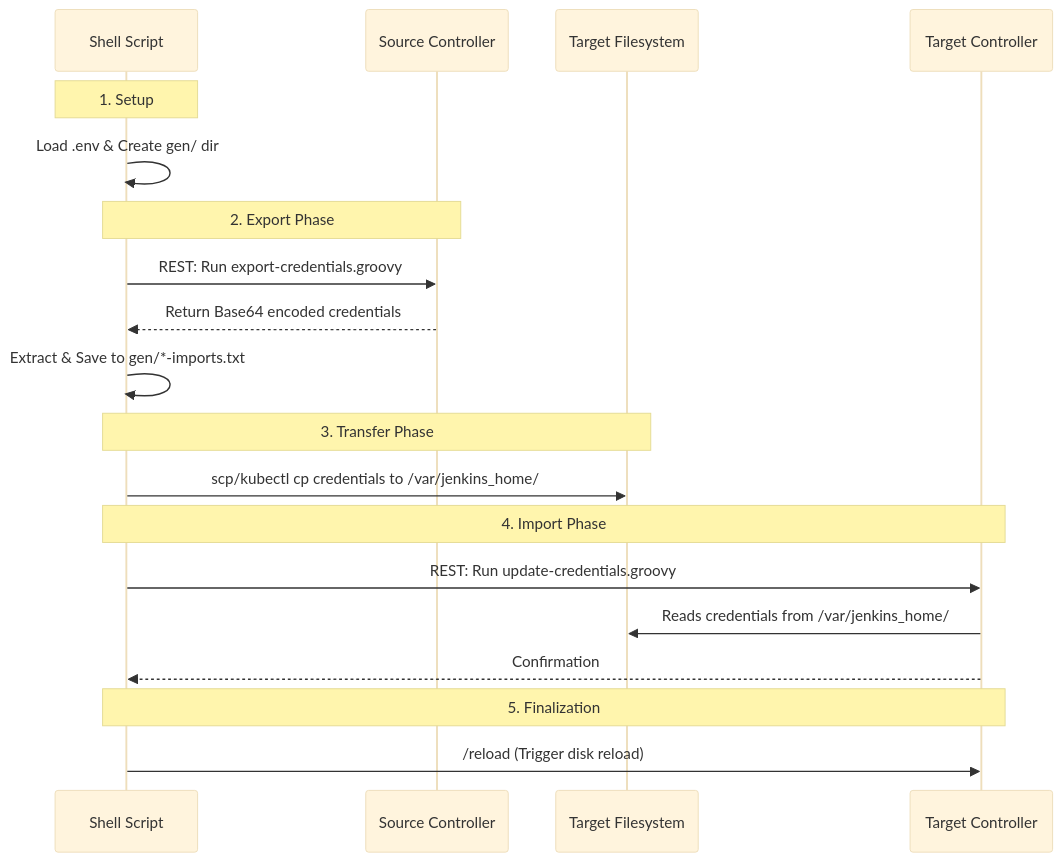
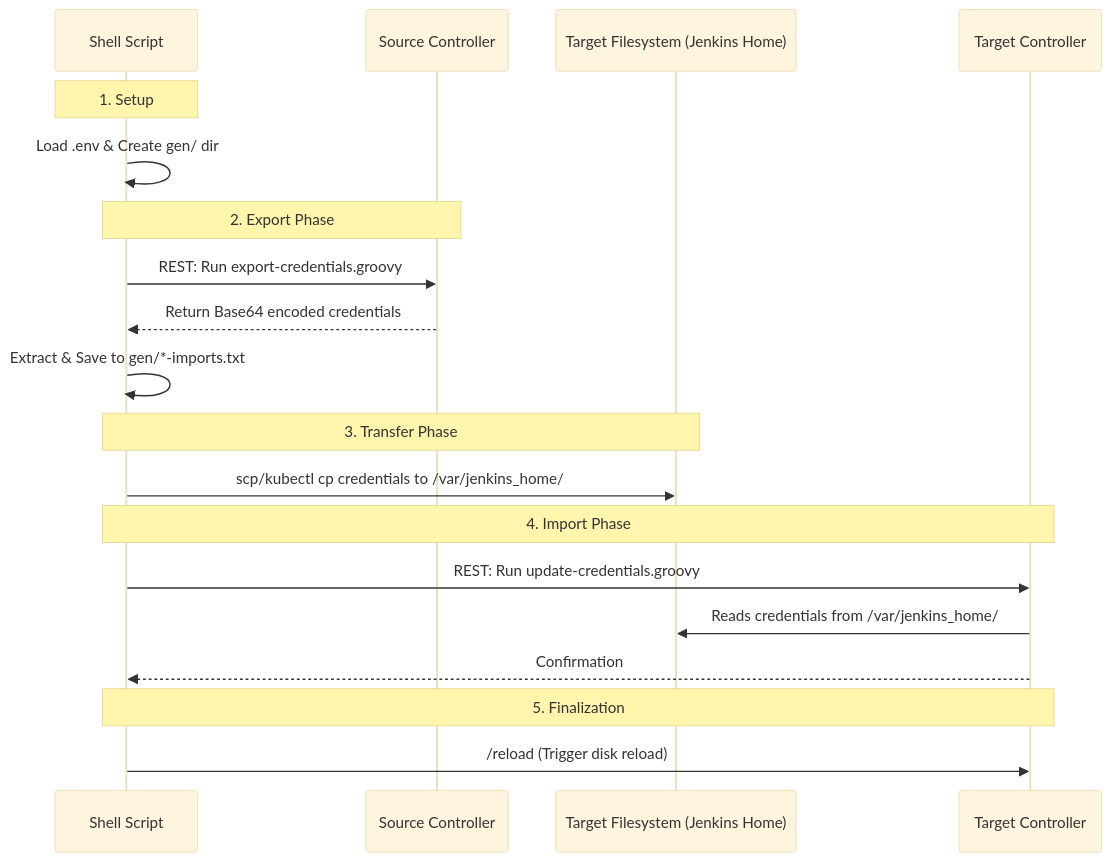
The second of 2 diagrams in README.md (cb-ci/ci-credentials-migration), drawn with Mermaid (base theme) before and after one commit. The commit also changed other lines of this file, not shown here.

````diff
--- a/README.md
+++ b/README.md
@@ -37,26 +37,26 @@
 ```mermaid
 sequenceDiagram
     participant S as Shell Script
     participant SRC as Source Controller
-    participant TGT_FS as Target Filesystem
+    participant TGT_FS as Target Filesystem (Jenkins Home)
     participant TGT as Target Controller
 
     Note over S: 1. Setup
     S->>S: Load .env & Create gen/ dir
     
     Note over S,SRC: 2. Export Phase
     S->>SRC: REST: Run export-credentials.groovy
     SRC-->>S: Return Base64 encoded credentials
     S->>S: Extract & Save to gen/*-imports.txt
 
     Note over S,TGT_FS: 3. Transfer Phase
     S->>TGT_FS: scp/kubectl cp credentials to /var/jenkins_home/
 
     Note over S,TGT: 4. Import Phase
     S->>TGT: REST: Run update-credentials.groovy
     TGT->>TGT_FS: Reads credentials from /var/jenkins_home/
     TGT-->>S: Confirmation
 
     Note over S,TGT: 5. Finalization
     S->>TGT: /reload (Trigger disk reload)
 ```
````
